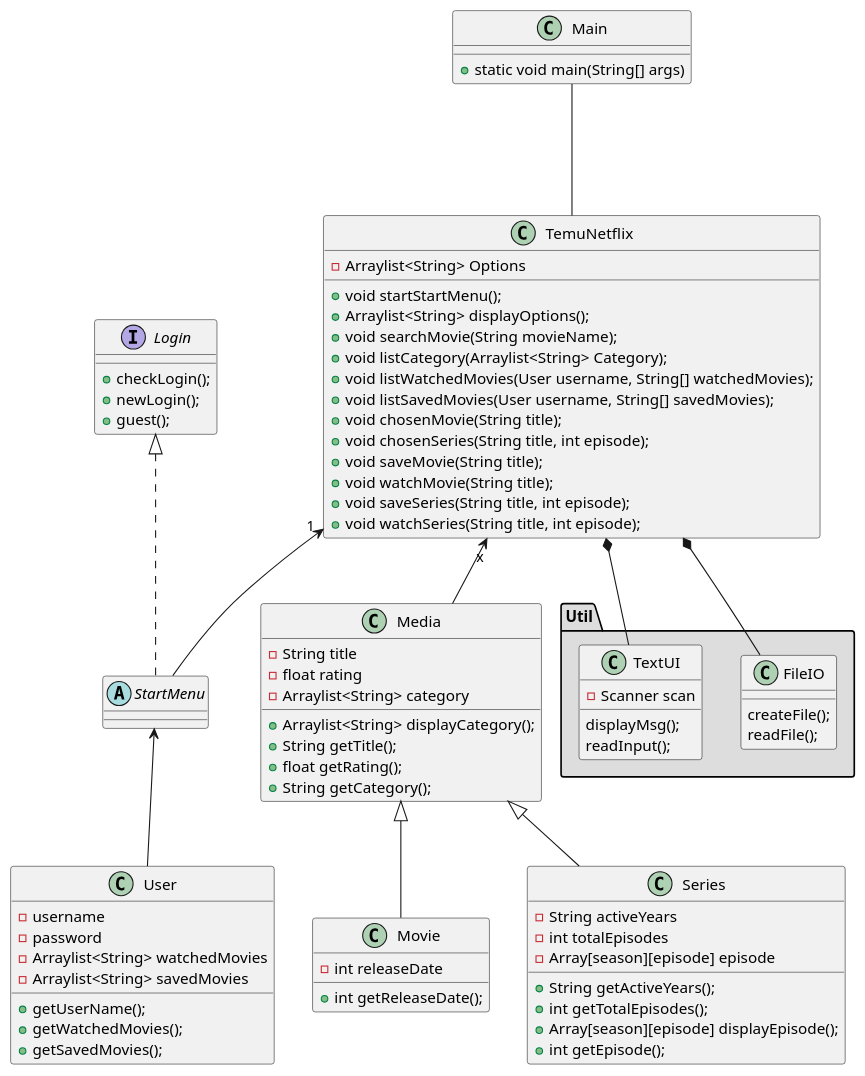
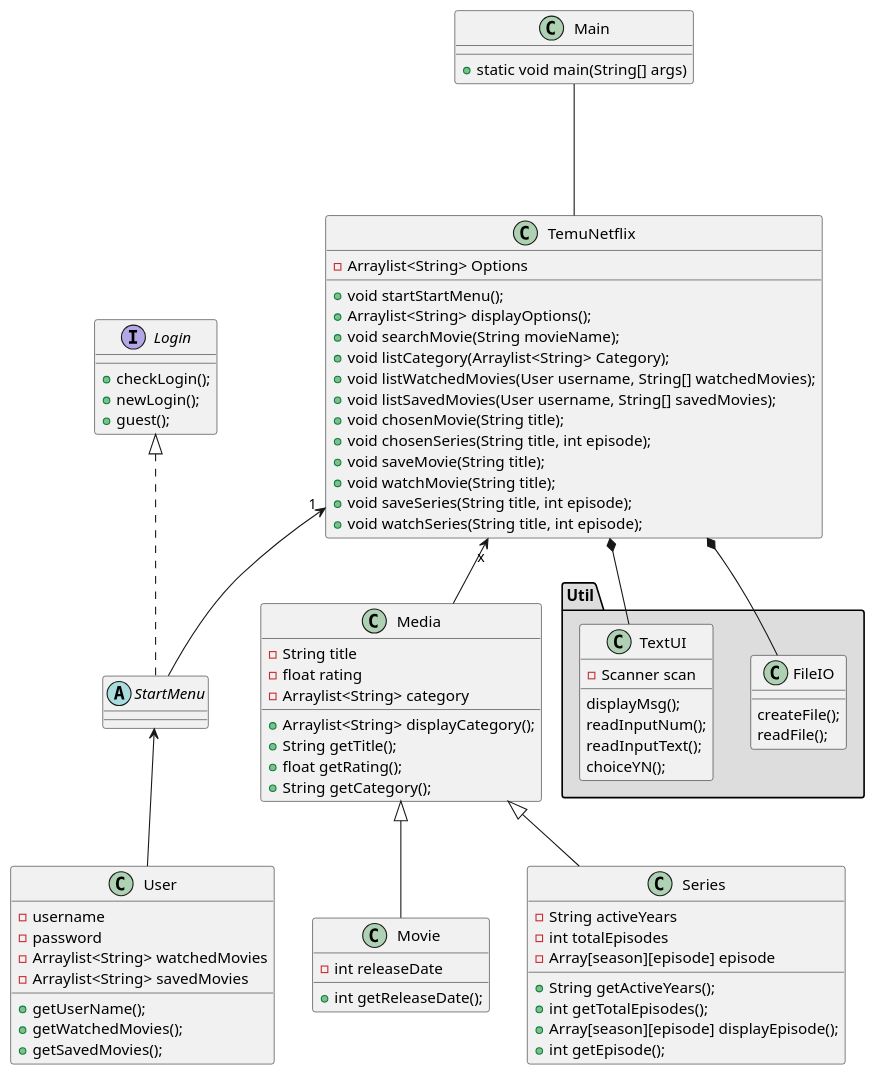
The diagram in src/Diagrams/ClassDiagram.puml (Peter-kunosu/En-Streaming-Tjeneste), drawn with PlantUML before and after one commit.

Commit message:
classDiagram updates

```diff
--- a/src/Diagrams/ClassDiagram.puml
+++ b/src/Diagrams/ClassDiagram.puml
@@ -1,76 +1,78 @@
 @startuml
 'https://plantuml.com/class-diagram
 
 class Main
 Main : +static void main(String[] args)
 class TemuNetflix
 TemuNetflix : +void startStartMenu();
 TemuNetflix : -Arraylist<String> Options
 TemuNetflix : +Arraylist<String> displayOptions();
 TemuNetflix : +void searchMovie(String movieName);
 TemuNetflix : +void listCategory(Arraylist<String> Category);
 TemuNetflix : +void listWatchedMovies(User username, String[] watchedMovies);
 TemuNetflix : +void listSavedMovies(User username, String[] savedMovies);
 TemuNetflix : +void chosenMovie(String title);
 TemuNetflix : +void chosenSeries(String title, int episode);
 TemuNetflix : +void saveMovie(String title);
 TemuNetflix : +void watchMovie(String title);
 TemuNetflix : +void saveSeries(String title, int episode);
 TemuNetflix : +void watchSeries(String title, int episode);
 
 
 
 abstract class StartMenu implements Login
 class Media
 Media : -String title
 Media : -float rating
 Media : -Arraylist<String> category
 Media : +Arraylist<String> displayCategory();
 Media : +String getTitle();
 Media : +float getRating();
 Media : +String getCategory();
 
 class Movie extends Media
 Movie : -int releaseDate
 Movie : +int getReleaseDate();
 
 class Series extends Media
 Series : -String activeYears
 Series : -int totalEpisodes
 Series : -Array[season][episode] episode
 Series : +String getActiveYears();
 Series : +int getTotalEpisodes();
 Series : +Array[season][episode] displayEpisode();
 Series : +int getEpisode();
 
 class User
 User : -username
 User : -password
 User : -Arraylist<String> watchedMovies
 User : -Arraylist<String> savedMovies
 User : +getUserName();
 User : +getWatchedMovies();
 User : +getSavedMovies();
 
 interface Login
 Login : +checkLogin();
 Login : +newLogin();
 Login : +guest();
 
 package "Util" #DDDDDD{
 class FileIO
 FileIO : createFile();
 FileIO : readFile();
 class TextUI
 TextUI : -Scanner scan
 TextUI : displayMsg();
-TextUI : readInput();
+TextUI : readInputNum();
+TextUI : readInputText();
+TextUI : choiceYN();
 }
 Main --- TemuNetflix
 TemuNetflix "1"<-- StartMenu
 TemuNetflix "x"<-- Media
 StartMenu <-- User
 TemuNetflix *-- TextUI
 TemuNetflix *-- FileIO
 
 @enduml
```
